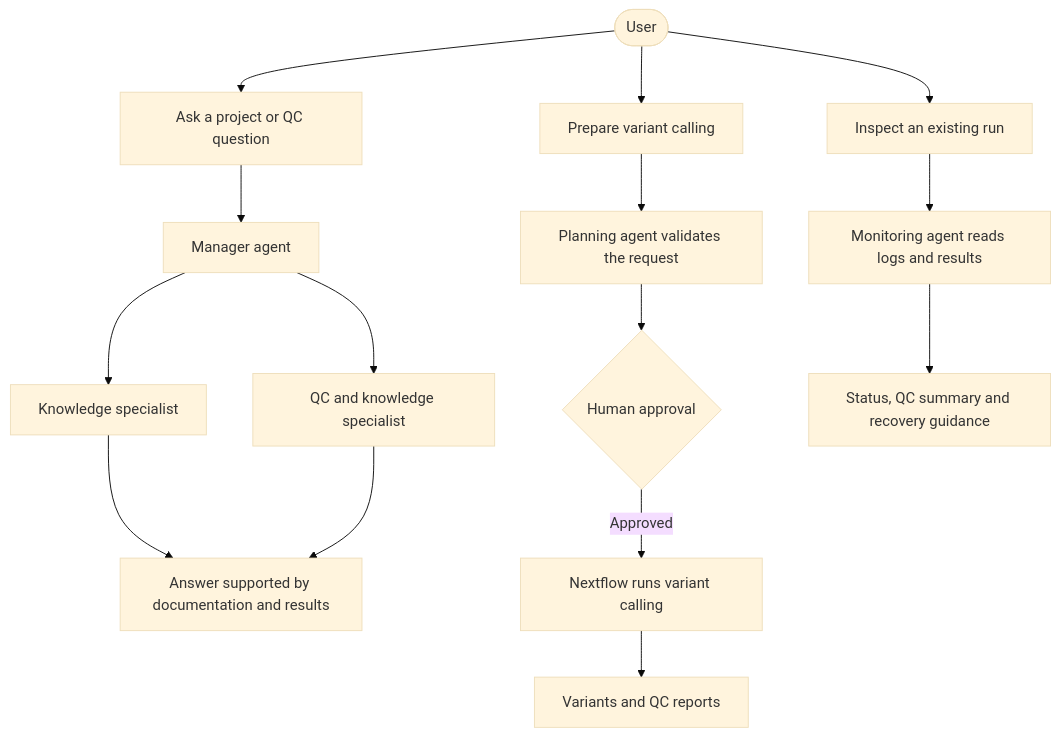
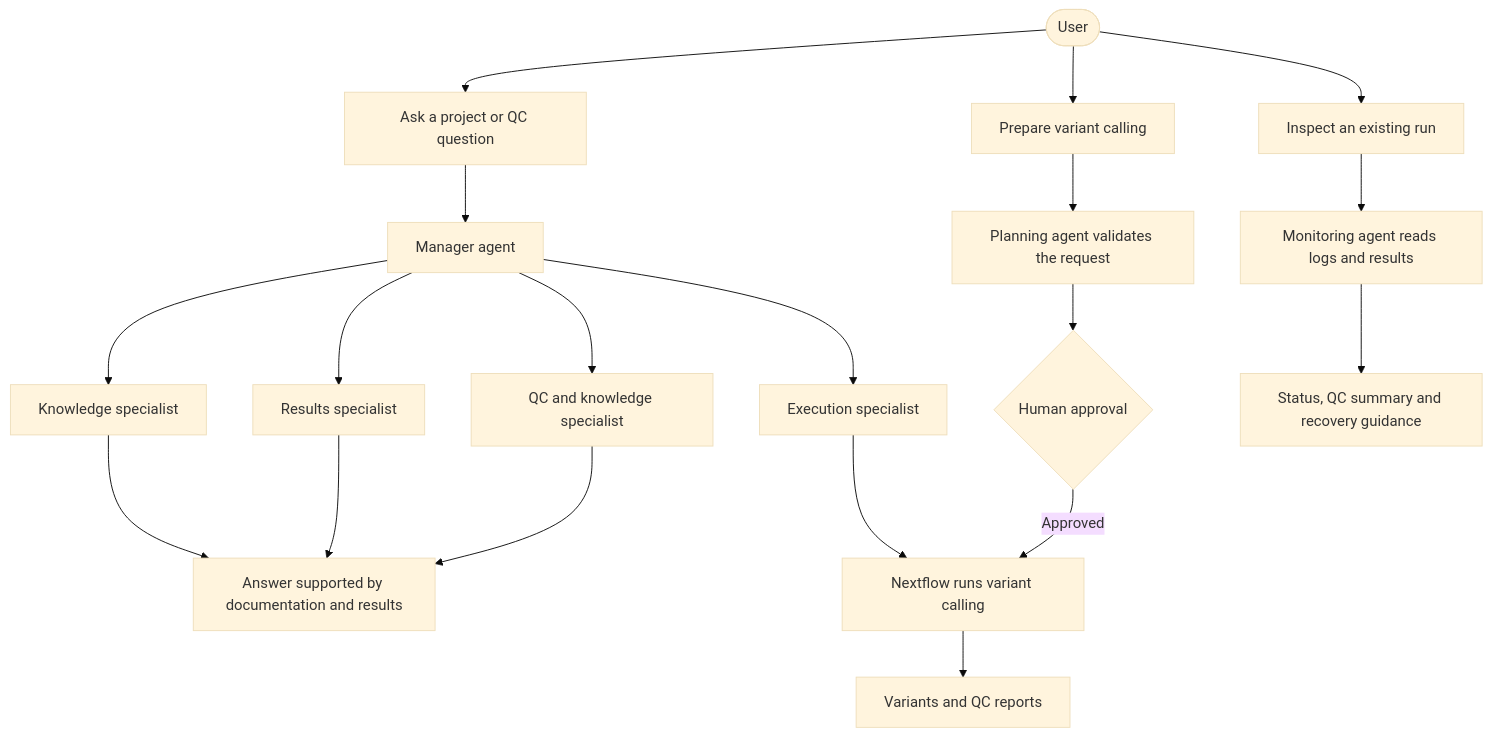
One commit to zejunyan/variant-agent changed the first of 2 diagrams in README.md. Above: the diagram before and after it, drawn with Mermaid (base theme). The commit also changed other lines of this file and 9 other files, not shown here.

Commit message:
Add execution and results specialists

````diff
--- a/README.md
+++ b/README.md
@@ -32,20 +32,24 @@
 ```mermaid
 flowchart TD
     U([User]) --> Q["Ask a project or QC question"]
     U --> P["Prepare variant calling"]
     U --> M["Inspect an existing run"]
 
     Q --> Manager["Manager agent"]
     Manager --> Specialist["QC and knowledge specialist"]
     Manager --> Knowledge["Knowledge specialist"]
+    Manager --> Execution["Execution specialist"]
+    Manager --> ResultsAgent["Results specialist"]
     Knowledge --> Answer
+    Execution --> Pipeline
+    ResultsAgent --> Answer
     Specialist --> Answer["Answer supported by documentation and results"]
 
     P --> Planner["Planning agent validates the request"]
     Planner --> Approval{"Human approval"}
     Approval -->|Approved| Pipeline["Nextflow runs variant calling"]
     Pipeline --> Results["Variants and QC reports"]
 
     M --> Monitor["Monitoring agent reads logs and results"]
     Monitor --> Summary["Status, QC summary and recovery guidance"]
 ```
````
